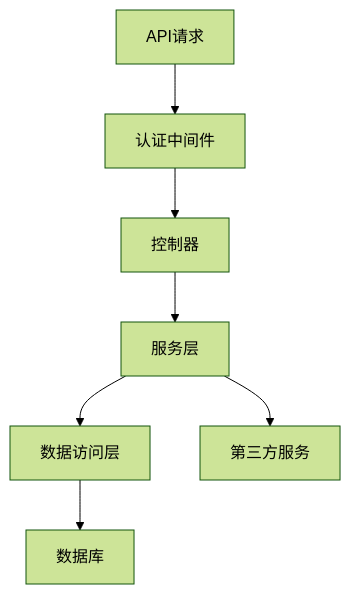
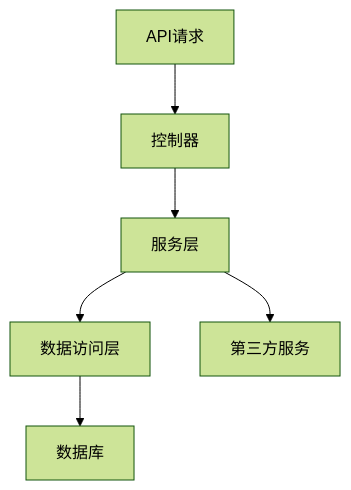
Before and after one commit to Sky-Ljw/my-blog: the second of 3 diagrams in .trae/documents/博客网站技术架构.md, drawn with Mermaid (forest theme). The commit also changed other lines of this file and 4054 other files, not shown here.

````diff
--- a/.trae/documents/博客网站技术架构.md
+++ b/.trae/documents/博客网站技术架构.md
@@ -80,9 +57,8 @@
 ```mermaid
 flowchart TD
-    A[API请求] --> B[认证中间件]
-    B --> C[控制器]
+    A[API请求] --> C[控制器]
     C --> D[服务层]
     D --> E[数据访问层]
     E --> F[数据库]
     D --> G[第三方服务]
 ```
````
